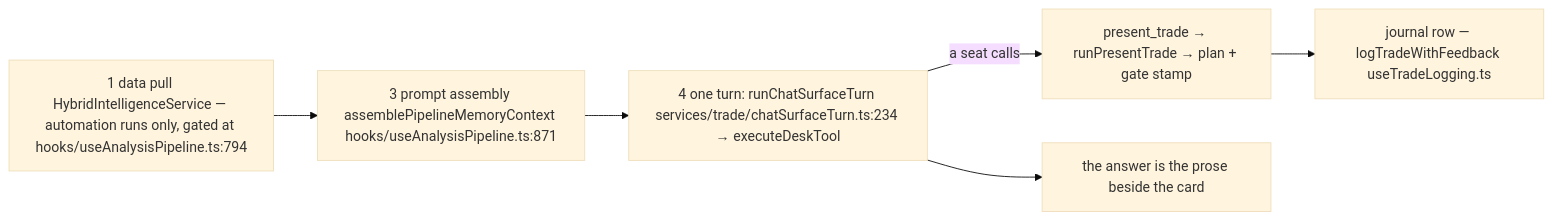
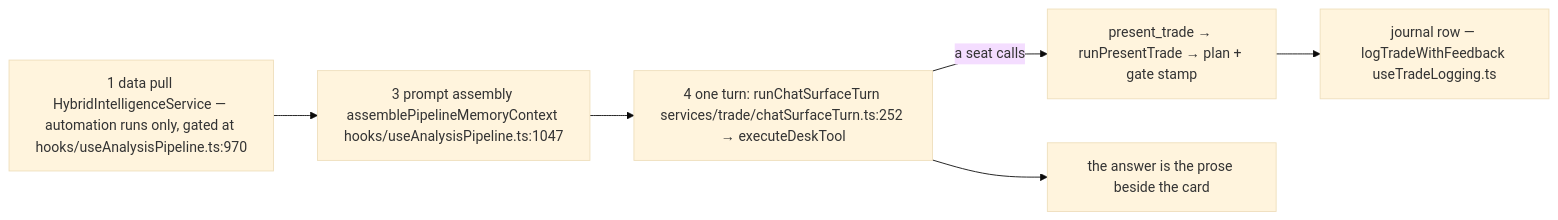
The third of 7 diagrams in docs/app-flow.md (Acepay25/august-3.5), drawn with Mermaid (base theme) before and after one commit. The commit also changed other lines of this file and 183 other files, not shown here.

````diff
--- a/docs/app-flow.md
+++ b/docs/app-flow.md
@@ -173,8 +173,8 @@
 ```mermaid
 flowchart LR
-    S1["1 data pull HybridIntelligenceService — automation runs only, gated at hooks/useAnalysisPipeline.ts:794"] --> S3["3 prompt assembly assemblePipelineMemoryContext hooks/useAnalysisPipeline.ts:871"]
-    S3 --> S4["4 one turn: runChatSurfaceTurn services/trade/chatSurfaceTurn.ts:234 → executeDeskTool"]
+    S1["1 data pull HybridIntelligenceService — automation runs only, gated at hooks/useAnalysisPipeline.ts:970"] --> S3["3 prompt assembly assemblePipelineMemoryContext hooks/useAnalysisPipeline.ts:1047"]
+    S3 --> S4["4 one turn: runChatSurfaceTurn services/trade/chatSurfaceTurn.ts:252 → executeDeskTool"]
     S4 -->|a seat calls| PT["present_trade → runPresentTrade → plan + gate stamp"]
     PT --> JR["journal row — logTradeWithFeedback useTradeLogging.ts"]
     S4 --> ANS["the answer is the prose beside the card"]
 ```
````
